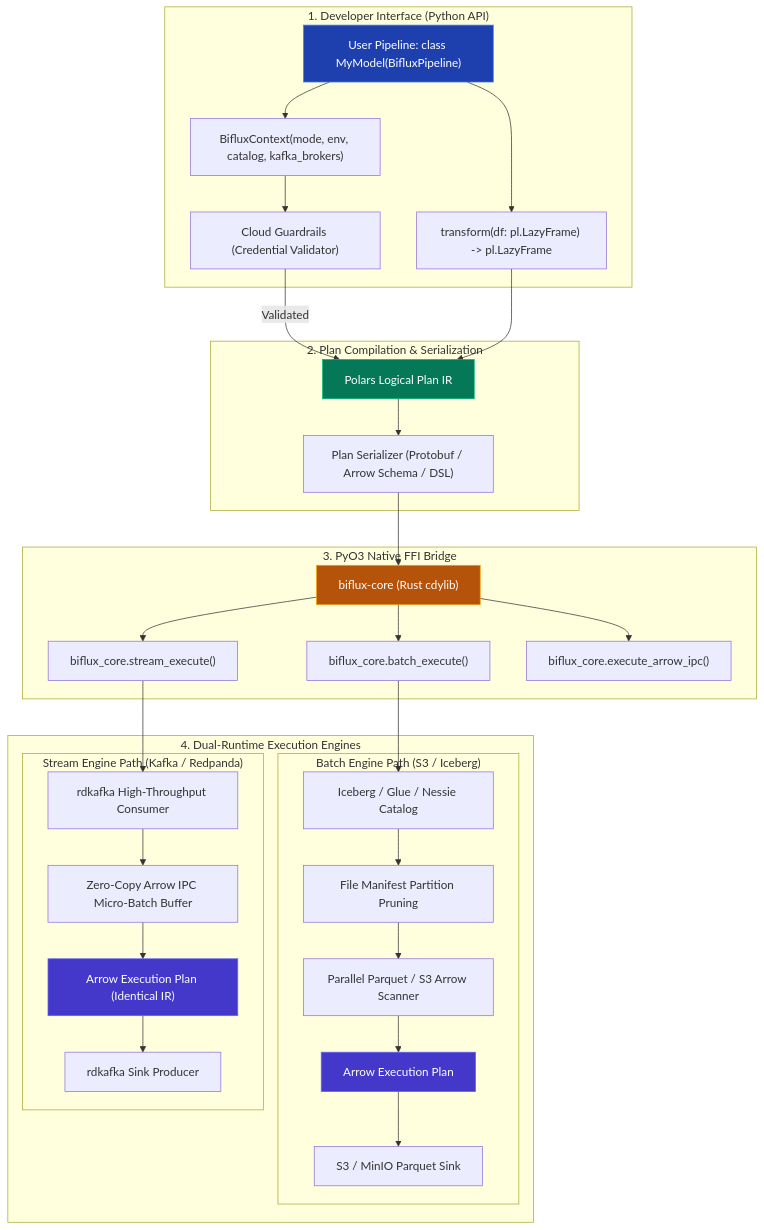
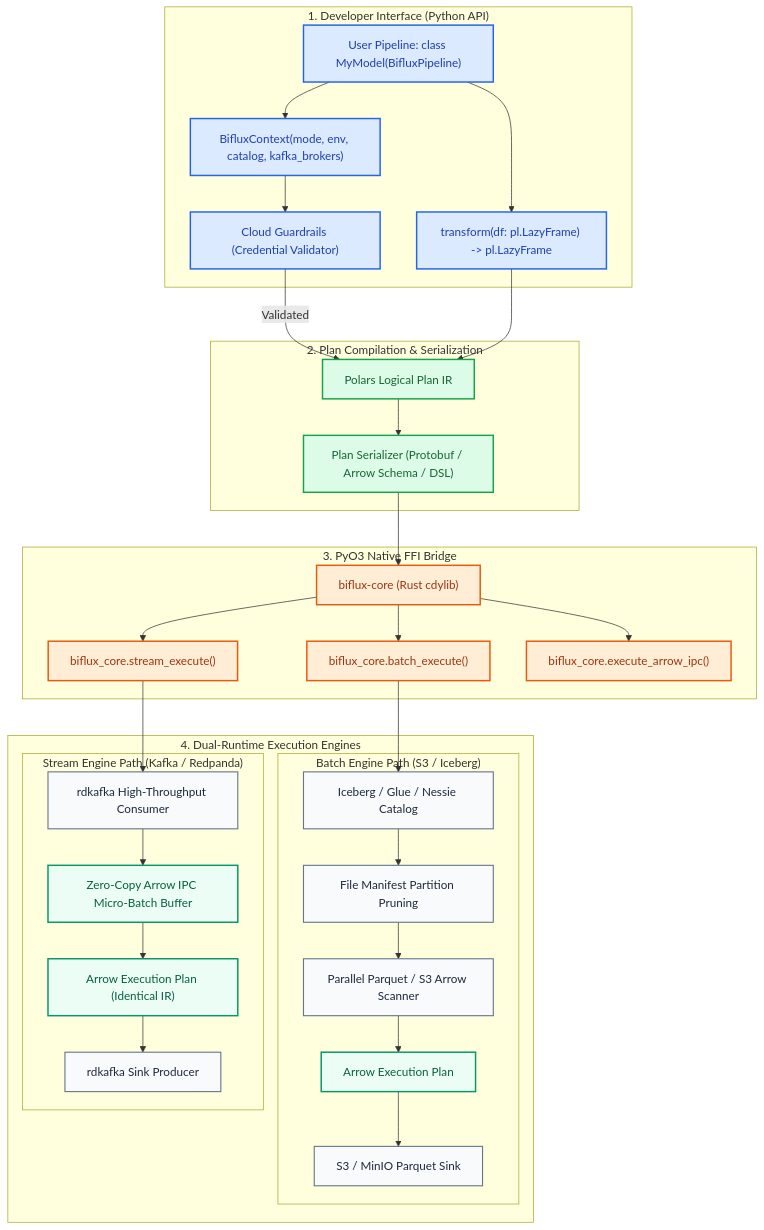
Before and after one commit to FranekJemiolo/biflux: the first of 3 diagrams in docs/architecture.md, drawn with Mermaid. The commit also changed 6 other files, not shown here.

Commit message:
fix(docs): fix broken badge links and enhance diagram visual distinctiveness and contrast

````diff
--- a/docs/architecture.md
+++ b/docs/architecture.md
@@ -9,67 +9,73 @@
 ```mermaid
 graph TD
     subgraph Python API Layer ["1. Developer Interface (Python API)"]
         UserClass["User Pipeline: class MyModel(BifluxPipeline)"]
         TransformFn["transform(df: pl.LazyFrame) -> pl.LazyFrame"]
         CtxInject["BifluxContext(mode, env, catalog, kafka_brokers)"]
         Guardrails["Cloud Guardrails (Credential Validator)"]
 
         UserClass --> TransformFn
         UserClass --> CtxInject
         CtxInject --> Guardrails
     end
 
     subgraph Compiler Layer ["2. Plan Compilation & Serialization"]
         LogicalPlan["Polars Logical Plan IR"]
         PlanSer["Plan Serializer (Protobuf / Arrow Schema / DSL)"]
         Guardrails -- Validated --> LogicalPlan
         TransformFn --> LogicalPlan
         LogicalPlan --> PlanSer
     end
 
     subgraph FFI Boundary ["3. PyO3 Native FFI Bridge"]
         RustBridge["biflux-core (Rust cdylib)"]
         BatchFFI["biflux_core.batch_execute()"]
         StreamFFI["biflux_core.stream_execute()"]
         IpcFFI["biflux_core.execute_arrow_ipc()"]
 
         PlanSer --> RustBridge
         RustBridge --> BatchFFI
         RustBridge --> StreamFFI
         RustBridge --> IpcFFI
     end
 
     subgraph Execution Engines ["4. Dual-Runtime Execution Engines"]
         subgraph Batch Path ["Batch Engine Path (S3 / Iceberg)"]
             IcebergCatalog["Iceberg / Glue / Nessie Catalog"]
             PartitionPruner["File Manifest Partition Pruning"]
             ParquetScanner["Parallel Parquet / S3 Arrow Scanner"]
             BatchExec["Arrow Execution Plan"]
             S3Sink["S3 / MinIO Parquet Sink"]
 
             BatchFFI --> IcebergCatalog
             IcebergCatalog --> PartitionPruner
             PartitionPruner --> ParquetScanner
             ParquetScanner --> BatchExec
             BatchExec --> S3Sink
         end
 
         subgraph Streaming Path ["Stream Engine Path (Kafka / Redpanda)"]
             KafkaConsumer["rdkafka High-Throughput Consumer"]
             ArrowBuffer["Zero-Copy Arrow IPC Micro-Batch Buffer"]
             StreamExec["Arrow Execution Plan (Identical IR)"]
             KafkaProducer["rdkafka Sink Producer"]
 
             StreamFFI --> KafkaConsumer
             KafkaConsumer --> ArrowBuffer
             ArrowBuffer --> StreamExec
             StreamExec --> KafkaProducer
         end
     end
 
-    style UserClass fill:#1e40af,stroke:#3b82f6,color:#fff
-    style LogicalPlan fill:#047857,stroke:#10b981,color:#fff
-    style RustBridge fill:#b45309,stroke:#f59e0b,color:#fff
-    style BatchExec fill:#4338ca,stroke:#6366f1,color:#fff
-    style StreamExec fill:#4338ca,stroke:#6366f1,color:#fff
+    classDef highlight fill:#dbeafe,stroke:#2563eb,stroke-width:2px,color:#1e40af;
+    classDef success fill:#dcfce7,stroke:#16a34a,stroke-width:2px,color:#166534;
+    classDef rust fill:#ffedd5,stroke:#ea580c,stroke-width:2px,color:#9a3412;
+    classDef arrow fill:#ecfdf5,stroke:#059669,stroke-width:2px,color:#065f46;
+    classDef neutral fill:#f8fafc,stroke:#64748b,stroke-width:1.5px,color:#1e293b;
+
+    class UserClass,TransformFn,CtxInject,Guardrails highlight;
+    class LogicalPlan,PlanSer success;
+    class RustBridge,BatchFFI,StreamFFI,IpcFFI rust;
+    class BatchExec,StreamExec,ArrowBuffer arrow;
+    class IcebergCatalog,PartitionPruner,ParquetScanner,S3Sink,KafkaConsumer,KafkaProducer neutral;
 ```
````
